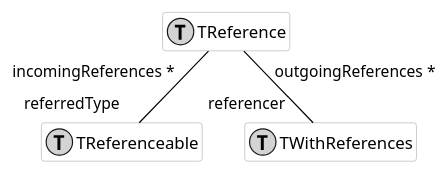
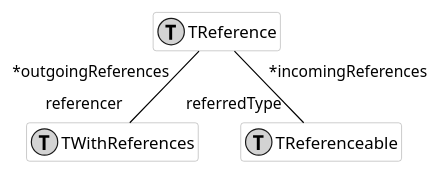
One commit to moosetechnology/moose-wiki changed the diagram in Developers/Diagrams/reference.puml. Above: the diagram before and after it, drawn with PlantUML. The commit also changed 17 other files, not shown here.

Commit message:
updated uml diagrams

```diff
--- a/Developers/Diagrams/reference.puml
+++ b/Developers/Diagrams/reference.puml
@@ -1,23 +1,22 @@
 @startuml
 hide empty members
 
 skinparam class {
   BackgroundColor white
   ArrowColor black
   BorderColor darkGray
 }
 
-class behavior1 as "TReference" << (T,lightGrey) >> {
+class TReference << (T,lightGrey) >> {
 }
-
-class behavior2 as "TReferenceable" << (T,lightGrey) >> {
+class TWithReferences << (T,lightGrey) >> {
 }
-
-class behavior3 as "TWithReferences" << (T,lightGrey) >> {
+class TReferenceable << (T,lightGrey) >> {
 }
 
 
-behavior1 "incomingReferences * " -[#black]- "referredType  " behavior2
-behavior1 "outgoingReferences * " -[#black]- "referencer  " behavior3
+TReference " *incomingReferences" -- "referredType" TReferenceable
+TReference " *outgoingReferences" -- "referencer" TWithReferences
+
 
 @enduml
```
